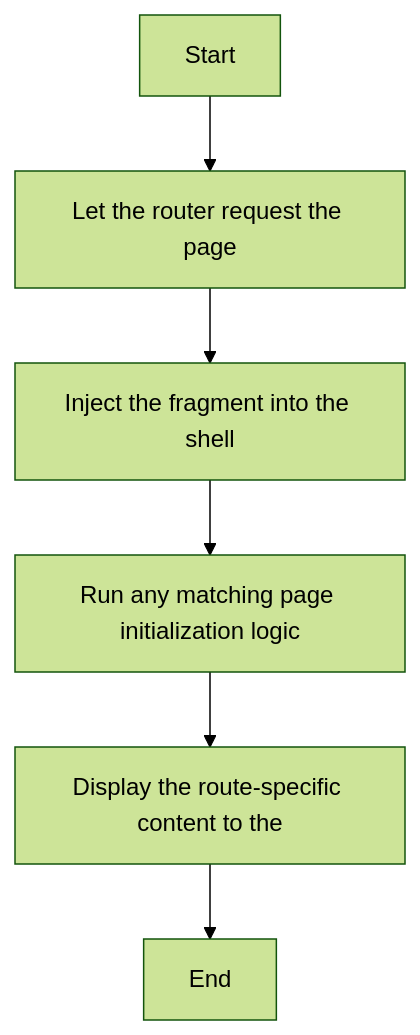
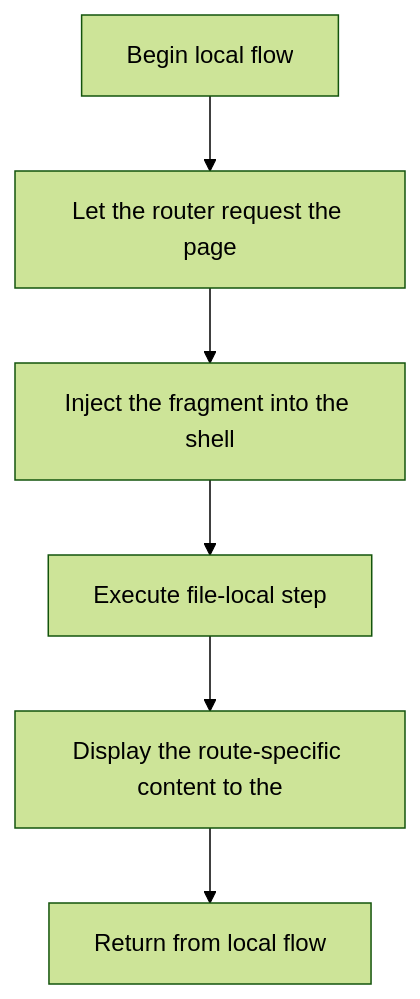
Before and after one commit to JohnAndrewBalbarosa/NeoTerritory: the diagram in docs/Codebase/Frontend/pages/download.html.md, drawn with Mermaid (forest theme). The commit also changed other lines of this file and 915 other files, not shown here.

````diff
--- a/docs/Codebase/Frontend/pages/download.html.md
+++ b/docs/Codebase/Frontend/pages/download.html.md
@@ -22,14 +21,14 @@
 ```mermaid
 flowchart TD
-    Start["Start"]
+    Start["Begin local flow"]
     N0["Let the router request the page"]
     N1["Inject the fragment into the shell"]
-    N2["Run any matching page initialization logic"]
+    N2["Execute file-local step"]
     N3["Display the route-specific content to the"]
-    End["End"]
+    End["Return from local flow"]
     Start --> N0
     N0 --> N1
     N1 --> N2
     N2 --> N3
     N3 --> End
 ```
````
